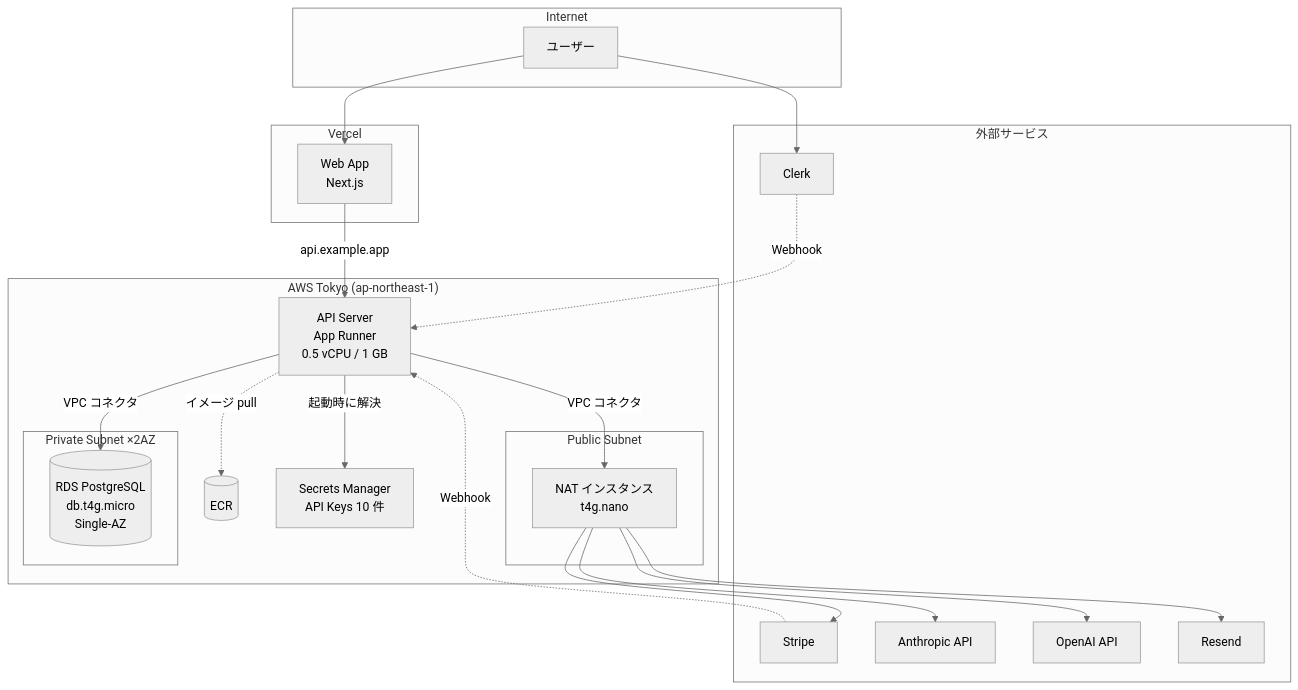
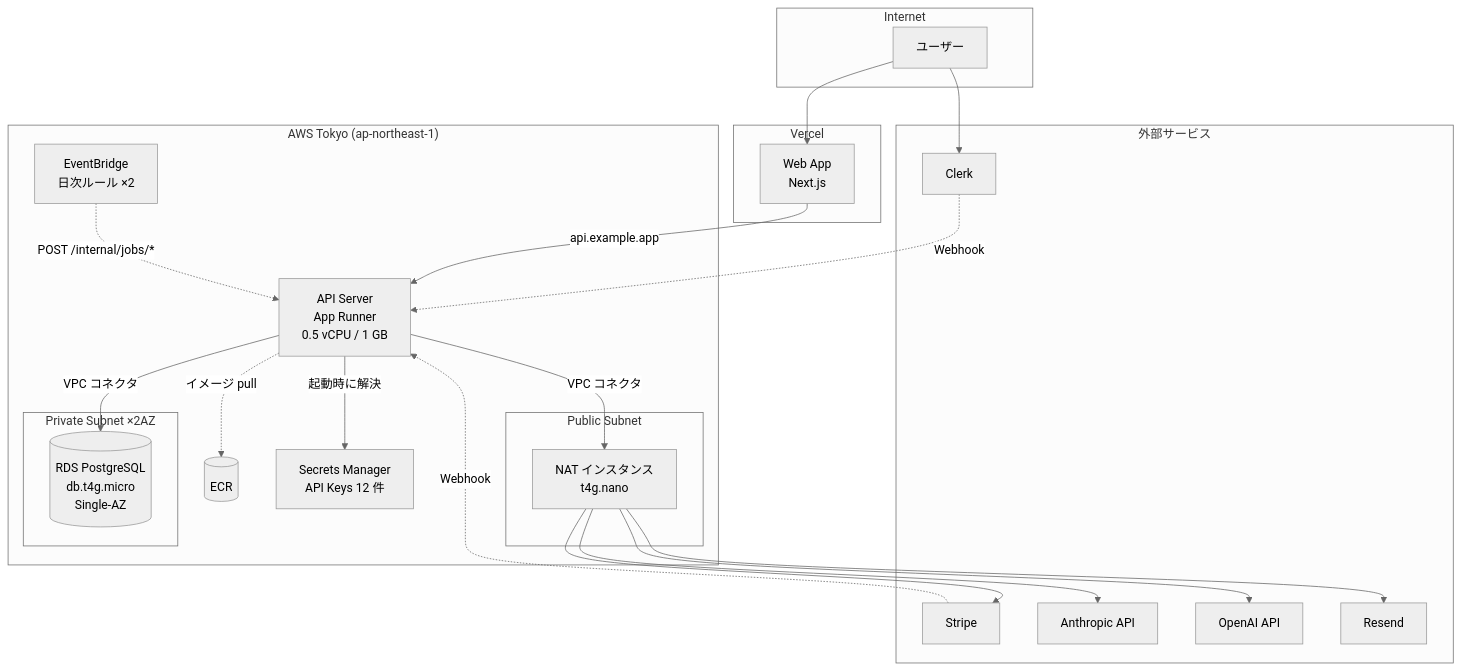
Before and after one commit to shintarokono-engineer/ship-yard: the third of 3 diagrams in docs/architecture.md, drawn with Mermaid (neutral theme). The commit also changed other lines of this file and 3 other files, not shown here.

````diff
--- a/docs/architecture.md
+++ b/docs/architecture.md
@@ -138,44 +138,46 @@
 ```mermaid
 flowchart TB
     subgraph Internet
         User[ユーザー]
     end
 
     subgraph Vercel["Vercel"]
         WebApp[Web App<br/>Next.js]
     end
 
     subgraph AWS["AWS Tokyo (ap-northeast-1)"]
         API[API Server<br/>App Runner<br/>0.5 vCPU / 1 GB]
         ECR[(ECR)]
-        Secrets[Secrets Manager<br/>API Keys 10 件]
+        Secrets[Secrets Manager<br/>API Keys 12 件]
+        EventBridge[EventBridge<br/>日次ルール ×2]
         subgraph Public["Public Subnet"]
             NAT[NAT インスタンス<br/>t4g.nano]
         end
         subgraph Private["Private Subnet ×2AZ"]
             RDS[(RDS PostgreSQL<br/>db.t4g.micro<br/>Single-AZ)]
         end
     end
 
     subgraph External["外部サービス"]
         Clerk[Clerk]
         Stripe[Stripe]
         Anthropic[Anthropic API]
         OpenAI[OpenAI API]
         Resend[Resend]
     end
 
     User --> WebApp
     User --> Clerk
     WebApp -->|api.example.app| API
     API -->|VPC コネクタ| RDS
     API -->|VPC コネクタ| NAT
     NAT --> Anthropic
     NAT --> OpenAI
     NAT --> Stripe
     NAT --> Resend
     Stripe -.Webhook.-> API
     Clerk -.Webhook.-> API
     API -->|起動時に解決| Secrets
     API -.イメージ pull.-> ECR
+    EventBridge -.POST /internal/jobs/*.-> API
 ```
````
